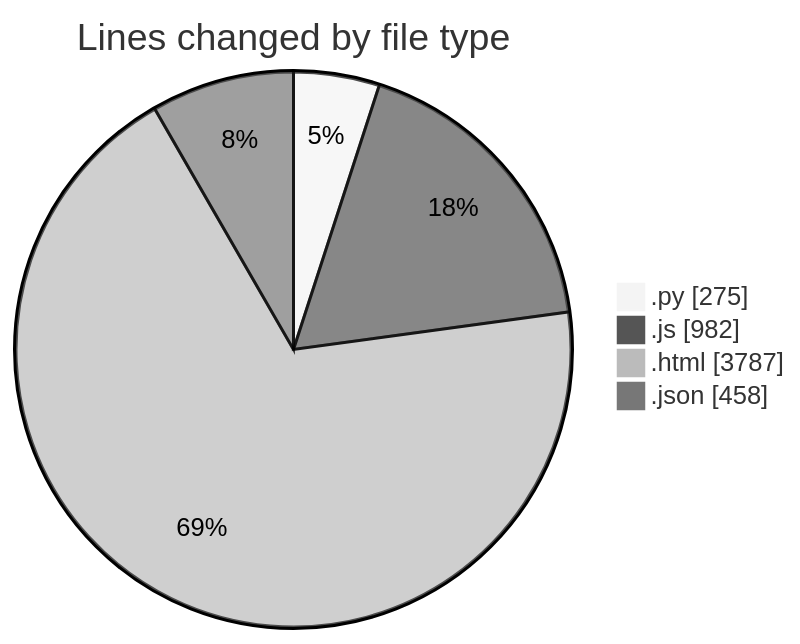
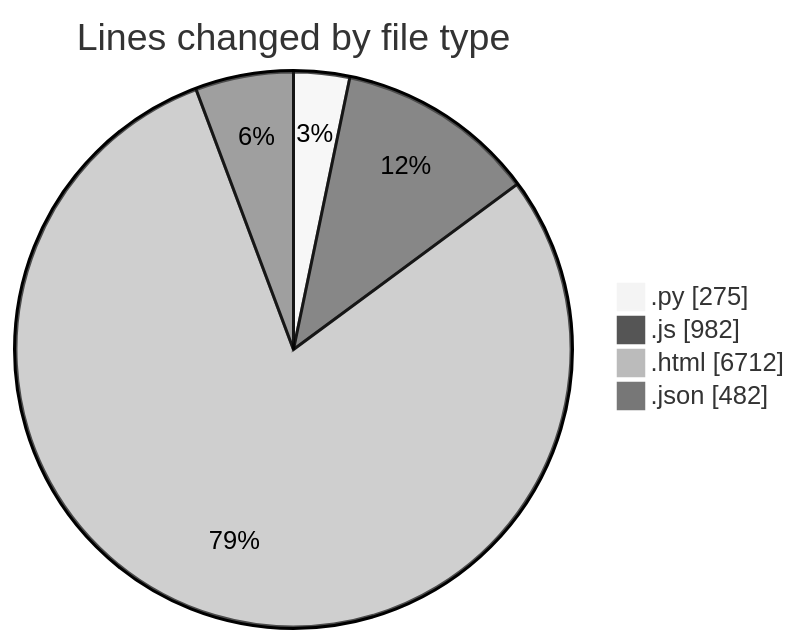
Before and after one commit to shibass792/code-tracking: the first of 2 diagrams in 2026-07-09/twenty_versions_aminor/README.md, drawn with Mermaid (neutral theme). The commit also changed other lines of this file and 1 other file, not shown here.

````diff
--- a/2026-07-09/twenty_versions_aminor/README.md
+++ b/2026-07-09/twenty_versions_aminor/README.md
@@ -31,8 +35,8 @@
 ```mermaid
 pie showData
 title Lines changed by file type
 ".py" : 275
 ".js" : 982
-".html" : 3787
-".json" : 458
+".html" : 6712
+".json" : 482
 ```
````
